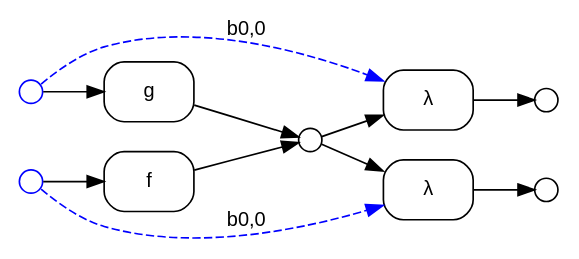
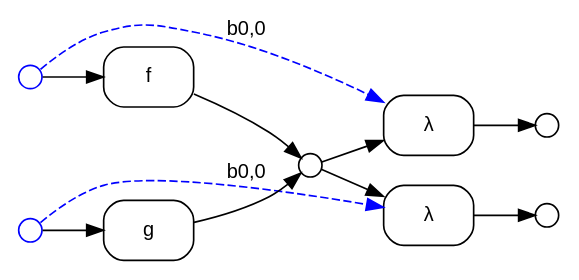
The diagram in safety_unsafe_crossing_binders.dot (ammatsui/bhypvis), drawn with Graphviz before and after one commit. The commit also changed other lines of this file and 939 other files, not shown here.

```diff
--- a/safety_unsafe_crossing_binders.dot
+++ b/safety_unsafe_crossing_binders.dot
@@ -1,34 +1,34 @@
 digraph G {
   fontname="Helvetica"
   fontsize=12
   rankdir=LR;
   node [fontname="Helvetica", fontsize=12];
   edge [fontname="Helvetica", fontsize=12];
 
   // Nodes
   n2 [label="", shape=circle, style=filled, fillcolor=white, color="black", width=0.2, height=0.2, fixedsize=true];
+  n3 [label="", shape=circle, style=filled, fillcolor=white, color="black", width=0.2, height=0.2, fixedsize=true];
+  n1 [label="", shape=circle, style=filled, fillcolor=white, color="blue", width=0.2, height=0.2, fixedsize=true];
   n0 [label="", shape=circle, style=filled, fillcolor=white, color="blue", width=0.2, height=0.2, fixedsize=true];
-  n1 [label="", shape=circle, style=filled, fillcolor=white, color="blue", width=0.2, height=0.2, fixedsize=true];
   n4 [label="", shape=circle, style=filled, fillcolor=white, color="black", width=0.2, height=0.2, fixedsize=true];
-  n3 [label="", shape=circle, style=filled, fillcolor=white, color="black", width=0.2, height=0.2, fixedsize=true];
 
   // Hyperedges
+  e2 [label="λ", shape=box, style=rounded, color="black"];
+  e3 [label="λ", shape=box, style=rounded, color="black"];
   e0 [label="f", shape=box, style=rounded, color="black"];
-  e3 [label="λ", shape=box, style=rounded, color="black"];
-  e2 [label="λ", shape=box, style=rounded, color="black"];
   e1 [label="g", shape=box, style=rounded, color="black"];
 
   // Source connections
-  n0 -> e0 [label=""];
+  n2 -> e2 [label=""];
+  n0 -> e2 [style=dashed, color="blue", constraint=false, label="b0,0"];
   n2 -> e3 [label=""];
   n1 -> e3 [style=dashed, color="blue", constraint=false, label="b0,0"];
-  n2 -> e2 [label=""];
-  n0 -> e2 [style=dashed, color="blue", constraint=false, label="b0,0"];
+  n0 -> e0 [label=""];
   n1 -> e1 [label=""];
 
   // Target connections
+  e2 -> n3 [label=""];
+  e3 -> n4 [label=""];
   e0 -> n2 [label=""];
-  e3 -> n4 [label=""];
-  e2 -> n3 [label=""];
   e1 -> n2 [label=""];
 }
```
